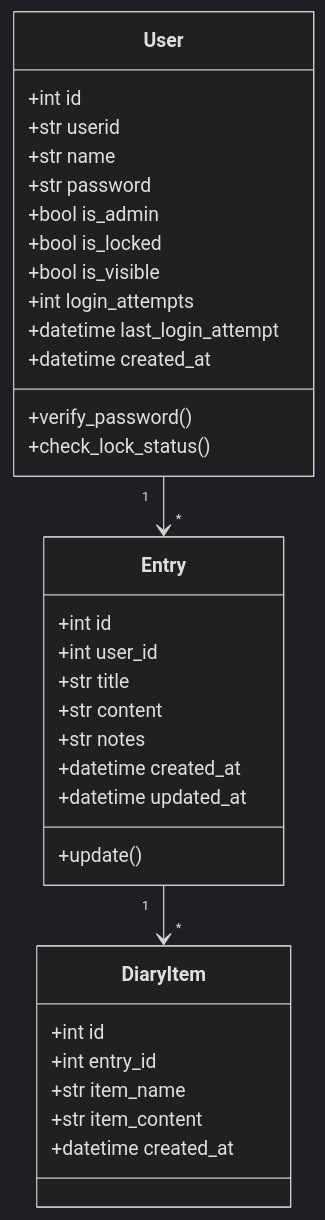
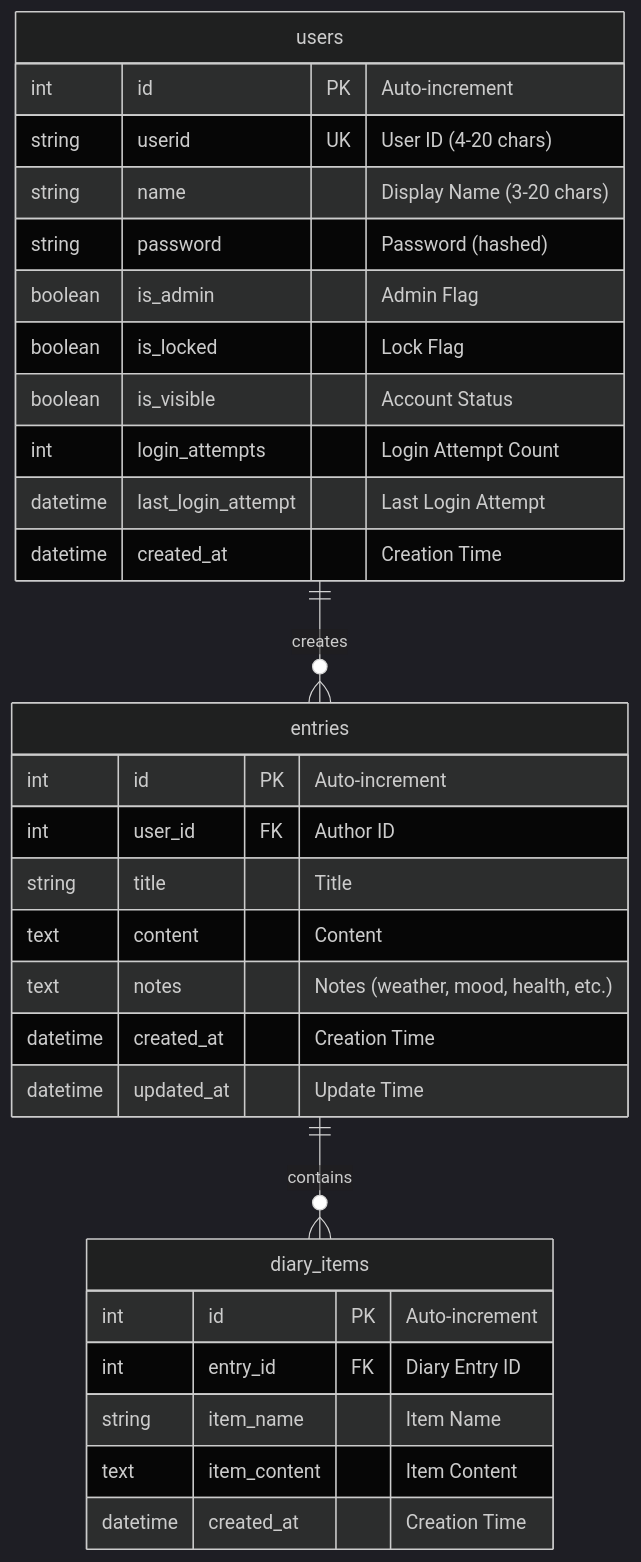
One commit to sougetuOte/LifeLog changed the seventh of 11 diagrams in docs/diagrams.md. Above: the diagram before and after it, drawn with Mermaid (dark theme). The commit also changed other lines of this file and 6 other files, not shown here.

````diff
--- a/docs/diagrams.md
+++ b/docs/diagrams.md
@@ -42,39 +228,36 @@
 ```mermaid
-classDiagram
-    class User {
-        +int id
-        +str userid
-        +str name
-        +str password
-        +bool is_admin
-        +bool is_locked
-        +bool is_visible
-        +int login_attempts
-        +datetime last_login_attempt
-        +datetime created_at
-        +verify_password()
-        +check_lock_status()
+erDiagram
+    users {
+        int id PK "Auto-increment"
+        string userid UK "User ID (4-20 chars)"
+        string name "Display Name (3-20 chars)"
+        string password "Password (hashed)"
+        boolean is_admin "Admin Flag"
+        boolean is_locked "Lock Flag"
+        boolean is_visible "Account Status"
+        int login_attempts "Login Attempt Count"
+        datetime last_login_attempt "Last Login Attempt"
+        datetime created_at "Creation Time"
     }
-    
-    class Entry {
-        +int id
-        +int user_id
-        +str title
-        +str content
-        +str notes
-        +datetime created_at
-        +datetime updated_at
-        +update()
+
+    entries {
+        int id PK "Auto-increment"
+        int user_id FK "Author ID"
+        string title "Title"
+        text content "Content"
+        text notes "Notes (weather, mood, health, etc.)"
+        datetime created_at "Creation Time"
+        datetime updated_at "Update Time"
     }
-    
-    class DiaryItem {
-        +int id
-        +int entry_id
-        +str item_name
-        +str item_content
-        +datetime created_at
+
+    diary_items {
+        int id PK "Auto-increment"
+        int entry_id FK "Diary Entry ID"
+        string item_name "Item Name"
+        text item_content "Item Content"
+        datetime created_at "Creation Time"
     }
-    
-    User "1" --> "*" Entry
-    Entry "1" --> "*" DiaryItem
+
+    users ||--o{ entries : "creates"
+    entries ||--o{ diary_items : "contains"
 ```
````
